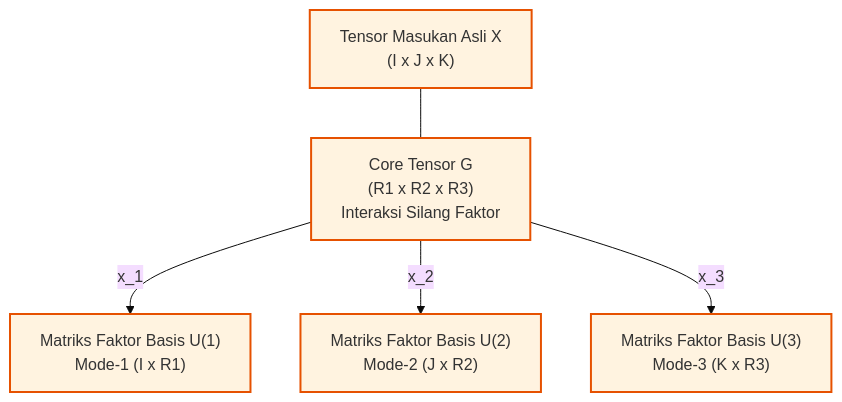
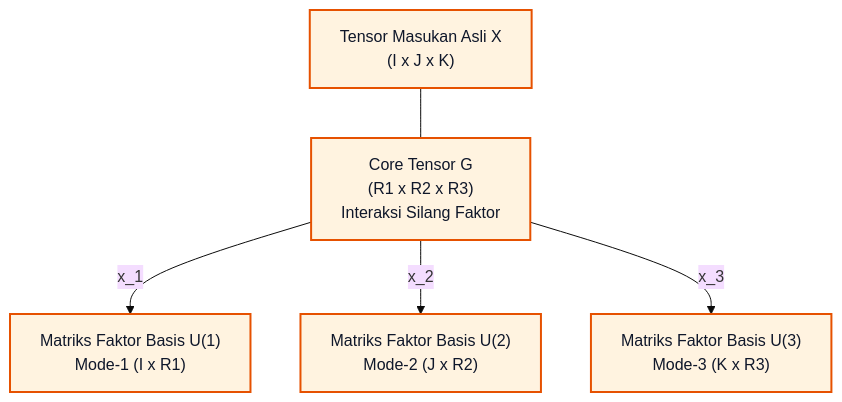
The diagram in curriculum/01-fondasi-matematika/011-aljabar-linier-teori-matriks/09-aljabar-multilinier-dekomposisi-tensor.md (Rizki2204/ultimate-learning-paths), drawn with Mermaid (base theme) before and after one commit. The commit also changed other lines of this file and 13 other files, not shown here.

First line of the commit message:
fix(pilot-011): standardize GitHub Markdown math rendering and mermaid contrast

````diff
--- a/curriculum/01-fondasi-matematika/011-aljabar-linier-teori-matriks/09-aljabar-multilinier-dekomposisi-tensor.md
+++ b/curriculum/01-fondasi-matematika/011-aljabar-linier-teori-matriks/09-aljabar-multilinier-dekomposisi-tensor.md
@@ -263,16 +373,16 @@
 ```mermaid
 flowchart TD
     TensorX["Tensor Masukan Asli X<br>(I x J x K)"]
     CoreG["Core Tensor G<br>(R1 x R2 x R3)<br>Interaksi Silang Faktor"]
     U1["Matriks Faktor Basis U(1)<br>Mode-1 (I x R1)"]
     U2["Matriks Faktor Basis U(2)<br>Mode-2 (J x R2)"]
     U3["Matriks Faktor Basis U(3)<br>Mode-3 (K x R3)"]
 
     TensorX --- CoreG
     CoreG -->|x_1| U1
     CoreG -->|x_2| U2
     CoreG -->|x_3| U3
 
-    classDef tStyle fill:#fff3e0,stroke:#e65100,stroke-width:2px;
+    classDef tStyle fill:#fff3e0,stroke:#e65100,stroke-width:2px,color:#0f172a;
     class TensorX,CoreG,U1,U2,U3 tStyle;
 ```
````
